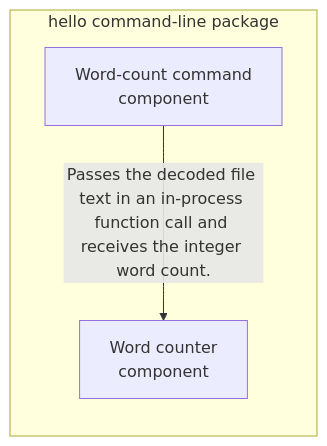
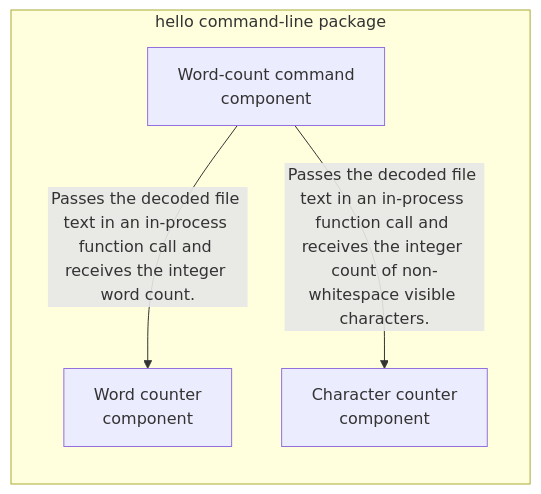
One commit to mcrasso-marsie/hello changed the third of 3 diagrams in docs/architecture.md. Above: the diagram before and after it, drawn with Mermaid. The commit also changed other lines of this file, not shown here.

Commit message:
docs(architecture): apply SPEC-0002 (workflow 0c1c383b7d6844b8b890d50f6be89a82)

````diff
--- a/docs/architecture.md
+++ b/docs/architecture.md
@@ -64,11 +64,13 @@
 ```mermaid
 flowchart LR
 classDef added fill:#c8f7c5,stroke:#2e7d32
 classDef changed fill:#fff3b0,stroke:#b59f00
 classDef removed fill:#f8c8c8,stroke:#c62828
 subgraph hello_cli["hello command-line package"]
   word_count_command["Word-count command<br/>component"]
   word_counter["Word counter<br/>component"]
+  character_counter["Character counter<br/>component"]
 end
 word_count_command -->|"Passes the decoded file text in an in-process function call and receives the integer word count."| word_counter
+word_count_command -->|"Passes the decoded file text in an in-process function call and receives the integer count of non-whitespace visible characters."| character_counter
 ```
````
